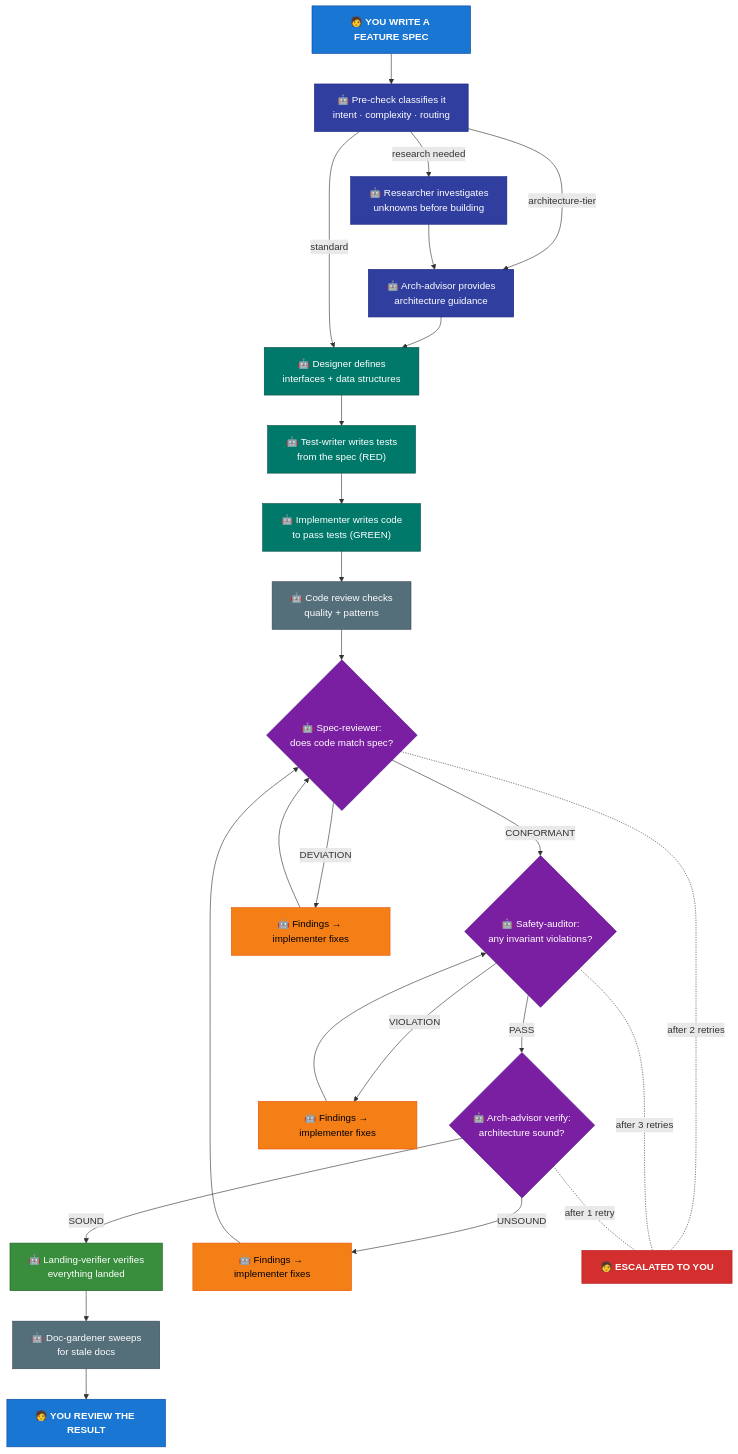
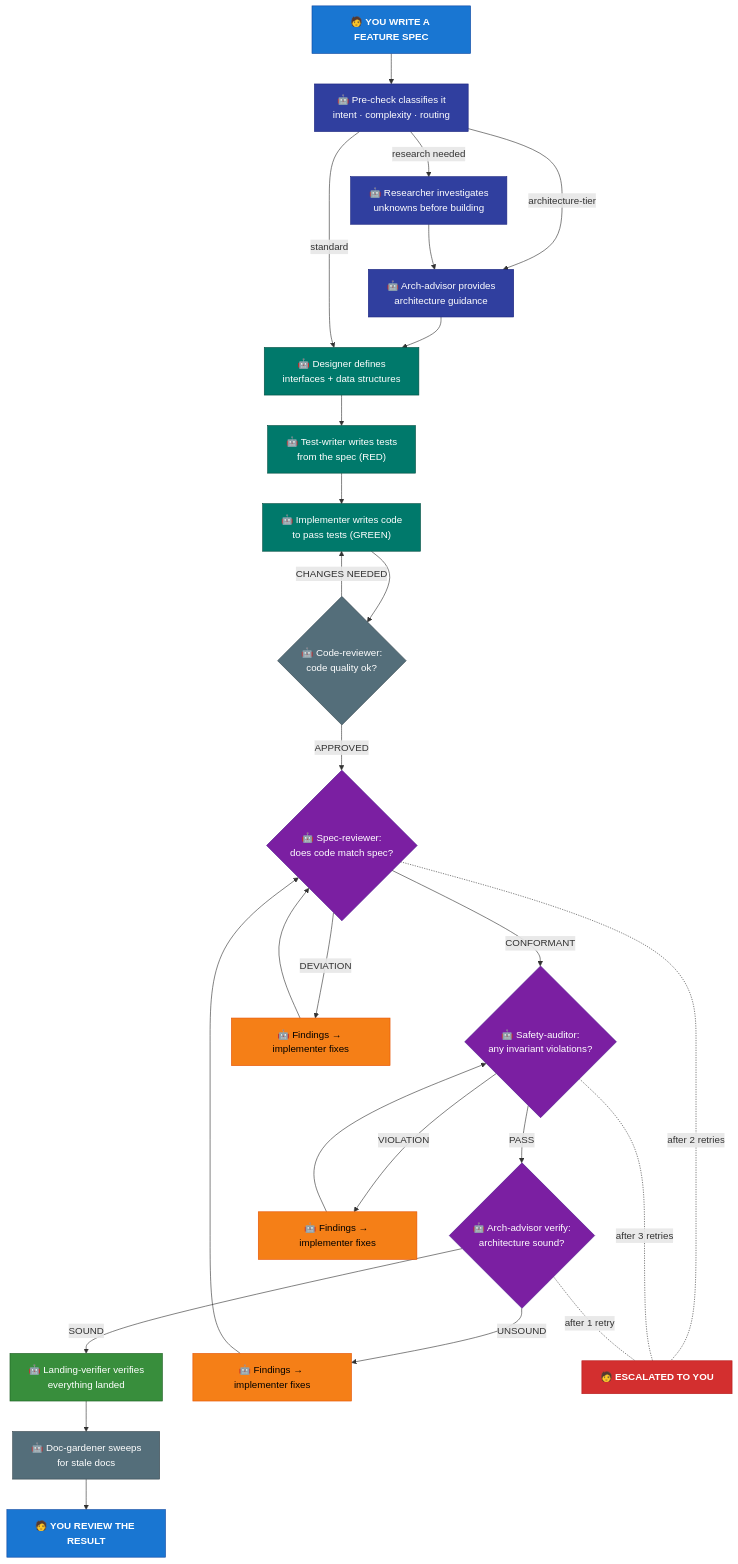
Before and after one commit to TejGandham/keel: the first of 5 diagrams in docs/HOW-IT-WORKS.md, drawn with Mermaid. The commit also changed other lines of this file and 2 other files, not shown here.

Commit message:
docs: add code-reviewer to pipeline diagrams, agent roster, tier tables
Updated THE-KEEL-PROCESS.md: 14→15 agents, code-reviewer in roster
table, pipeline variants, and high-reasoning tier list (now 9).

Updated HOW-IT-WORKS.md: code-reviewer node in pipeline diagram with
APPROVED/CHANGES NEEDED branching, added to agent roster diagram.

Updated README.md: added "Is the code well-written?" gate node
between implementer and spec-reviewer.

````diff
--- a/docs/HOW-IT-WORKS.md
+++ b/docs/HOW-IT-WORKS.md
@@ -11,47 +11,48 @@
 ```mermaid
 graph TD
     Spec["🧑 <b>YOU WRITE A FEATURE SPEC</b>"] --> PC["🤖 Pre-check classifies it<br/>intent · complexity · routing"]
     PC -->|"research needed"| R["🤖 Researcher investigates<br/>unknowns before building"]
     PC -->|"architecture-tier"| OC["🤖 Arch-advisor provides<br/>architecture guidance"]
     R --> OC
     OC --> D["🤖 Designer defines<br/>interfaces + data structures"]
     PC -->|"standard"| D
     D --> TW["🤖 Test-writer writes tests<br/>from the spec (RED)"]
     TW --> IMP["🤖 Implementer writes code<br/>to pass tests (GREEN)"]
-    IMP --> CR["🤖 Code review checks<br/>quality + patterns"]
-    CR --> SR{"🤖 Spec-reviewer:<br/>does code match spec?"}
+    IMP --> CR{"🤖 Code-reviewer:<br/>code quality ok?"}
+    CR -->|"APPROVED"| SR{"🤖 Spec-reviewer:<br/>does code match spec?"}
+    CR -->|"CHANGES NEEDED"| IMP
     SR -->|"CONFORMANT"| SA{"🤖 Safety-auditor:<br/>any invariant violations?"}
     SR -->|"DEVIATION"| FIX1["🤖 Findings → implementer fixes"]
     FIX1 --> SR
     SA -->|"PASS"| OV{"🤖 Arch-advisor verify:<br/>architecture sound?"}
     SA -->|"VIOLATION"| FIX2["🤖 Findings → implementer fixes"]
     FIX2 --> SA
     OV -->|"SOUND"| PL["🤖 Landing-verifier verifies<br/>everything landed"]
     OV -->|"UNSOUND"| FIX3["🤖 Findings → implementer fixes"]
     FIX3 --> SR
     PL --> GC["🤖 Doc-gardener sweeps<br/>for stale docs"]
     GC --> PR["🧑 <b>YOU REVIEW THE RESULT</b>"]
 
     SR -.-|"after 2 retries"| ESC["🧑 <b>ESCALATED TO YOU</b>"]
     SA -.-|"after 3 retries"| ESC
     OV -.-|"after 1 retry"| ESC
 
     style Spec fill:#1976D2,stroke:#0D47A1,color:#fff
     style PC fill:#303F9F,stroke:#1A237E,color:#fff
     style R fill:#303F9F,stroke:#1A237E,color:#fff
     style OC fill:#303F9F,stroke:#1A237E,color:#fff
     style D fill:#00796B,stroke:#004D40,color:#fff
     style TW fill:#00796B,stroke:#004D40,color:#fff
     style IMP fill:#00796B,stroke:#004D40,color:#fff
     style CR fill:#546E7A,stroke:#37474F,color:#fff
     style SR fill:#7B1FA2,stroke:#4A148C,color:#fff
     style SA fill:#7B1FA2,stroke:#4A148C,color:#fff
     style OV fill:#7B1FA2,stroke:#4A148C,color:#fff
     style FIX1 fill:#F57F17,stroke:#E65100,color:#000
     style FIX2 fill:#F57F17,stroke:#E65100,color:#000
     style FIX3 fill:#F57F17,stroke:#E65100,color:#000
     style PL fill:#388E3C,stroke:#1B5E20,color:#fff
     style GC fill:#546E7A,stroke:#37474F,color:#fff
     style PR fill:#1976D2,stroke:#0D47A1,color:#fff
     style ESC fill:#D32F2F,stroke:#B71C1C,color:#fff
 ```
````
